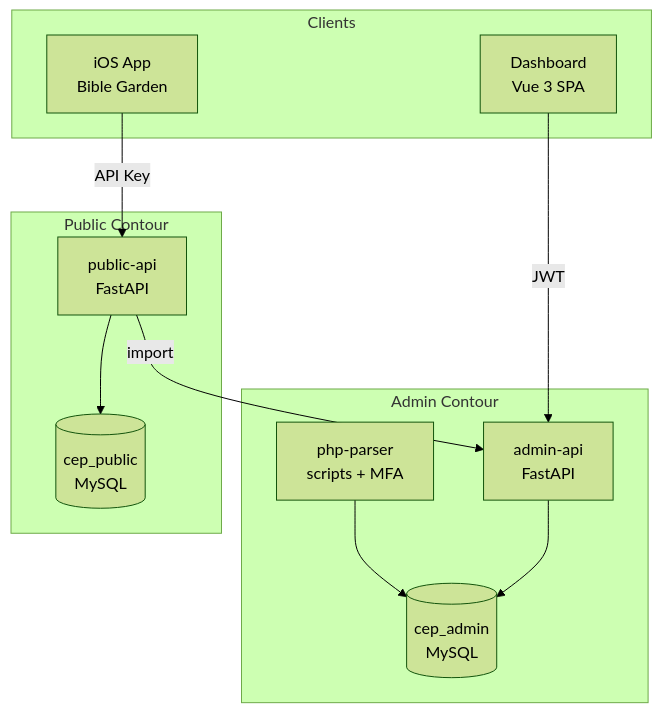
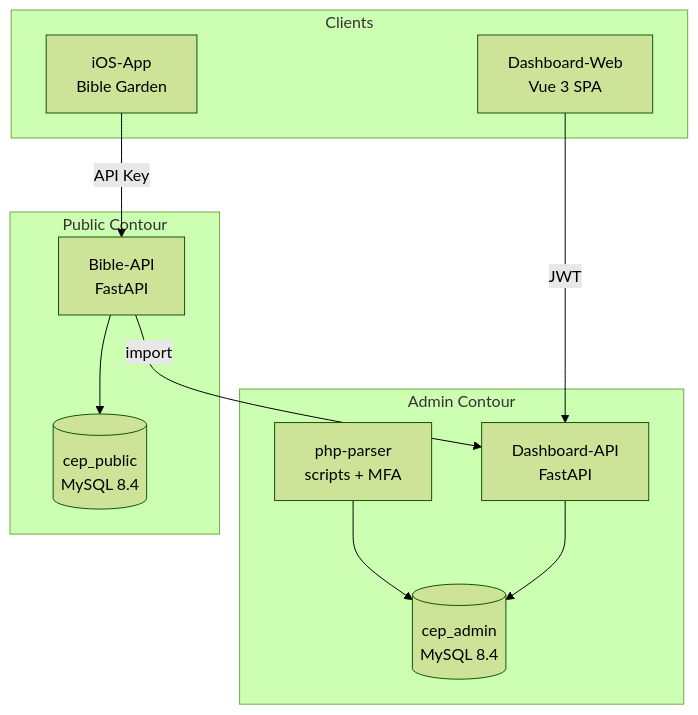
One commit to Bible-Garden/Architecture changed the first of 4 diagrams in architecture.md. Above: the diagram before and after it, drawn with Mermaid (forest theme). The commit also changed other lines of this file, not shown here.

First line of the commit message:
Update architecture to match GitHub repos and current state

````diff
--- a/architecture.md
+++ b/architecture.md
@@ -9,28 +9,28 @@
 ```mermaid
 graph TB
     subgraph Clients
-        DASH[Dashboard<br/>Vue 3 SPA]
-        IOS[iOS App<br/>Bible Garden]
+        DASH[Dashboard-Web<br/>Vue 3 SPA]
+        IOS[iOS-App<br/>Bible Garden]
     end
 
     subgraph Admin Contour
-        ADM_API[admin-api<br/>FastAPI]
-        ADM_DB[(cep_admin<br/>MySQL)]
+        ADM_API[Dashboard-API<br/>FastAPI]
+        ADM_DB[(cep_admin<br/>MySQL 8.4)]
         PARSER[php-parser<br/>scripts + MFA]
     end
 
     subgraph Public Contour
-        PUB_API[public-api<br/>FastAPI]
-        PUB_DB[(cep_public<br/>MySQL)]
+        PUB_API[Bible-API<br/>FastAPI]
+        PUB_DB[(cep_public<br/>MySQL 8.4)]
     end
 
     PARSER --> ADM_DB
 
     DASH -->|JWT| ADM_API
     ADM_API --> ADM_DB
 
     IOS -->|API Key| PUB_API
     PUB_API --> PUB_DB
 
     PUB_API -->|import| ADM_API
 ```
````
